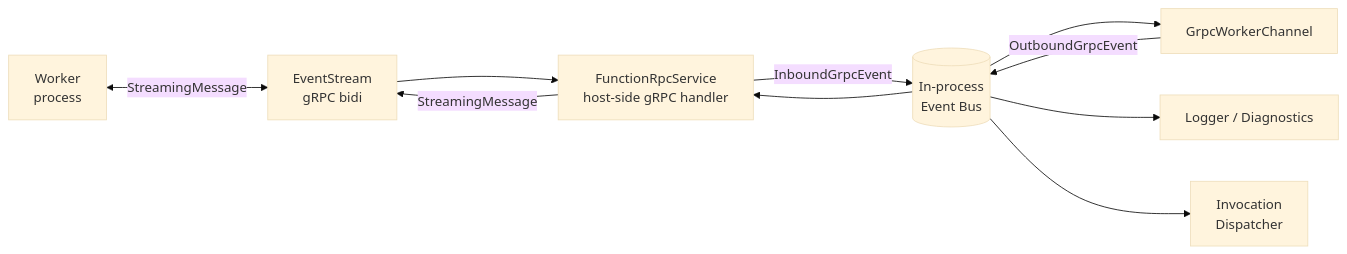
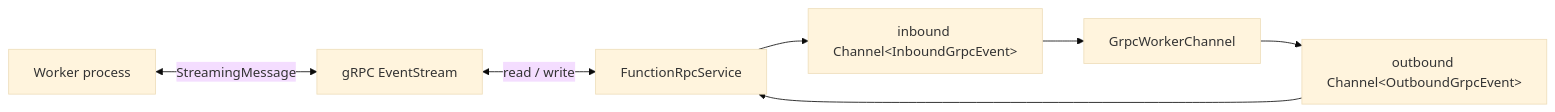
Before and after one commit to yeongseon-books/book-content: the second of 2 diagrams in azure-functions-deep-dive/en/03-grpc-event-stream.md, drawn with Mermaid (base theme). The commit also changed other lines of this file and 42 other files, not shown here.

First line of the commit message:
fix: 오라클 리뷰 반영 — Functions 101/Deep Dive 사실관계·톤·다이어그램 정리, App Service 101 ko/en 재구조화

````diff
--- a/azure-functions-deep-dive/en/03-grpc-event-stream.md
+++ b/azure-functions-deep-dive/en/03-grpc-event-stream.md
@@ -253,20 +251,9 @@
 ```mermaid
 flowchart LR
-    Worker[Worker<br/>process]
-    EventStream[EventStream<br/>gRPC bidi]
-    FRS[FunctionRpcService<br/>host-side gRPC handler]
-    EventBus[(In-process<br/>Event Bus)]
-    GWC[GrpcWorkerChannel]
-    Logger[Logger / Diagnostics]
-    Dispatcher[Invocation<br/>Dispatcher]
-
-    Worker <-->|StreamingMessage| EventStream
-    EventStream --> FRS
-    FRS -->|InboundGrpcEvent| EventBus
-    EventBus --> GWC
-    EventBus --> Logger
-    EventBus --> Dispatcher
-    GWC -->|OutboundGrpcEvent| EventBus
-    EventBus --> FRS
-    FRS -->|StreamingMessage| EventStream
+    Worker[Worker process] <-->|StreamingMessage| Stream[gRPC EventStream]
+    Stream <-->|read / write| Rpc[FunctionRpcService]
+    Rpc --> Inbound[inbound Channel&lt;InboundGrpcEvent&gt;]
+    Outbound[outbound Channel&lt;OutboundGrpcEvent&gt;] --> Rpc
+    Inbound --> Gwc[GrpcWorkerChannel]
+    Gwc --> Outbound
 ```
````
